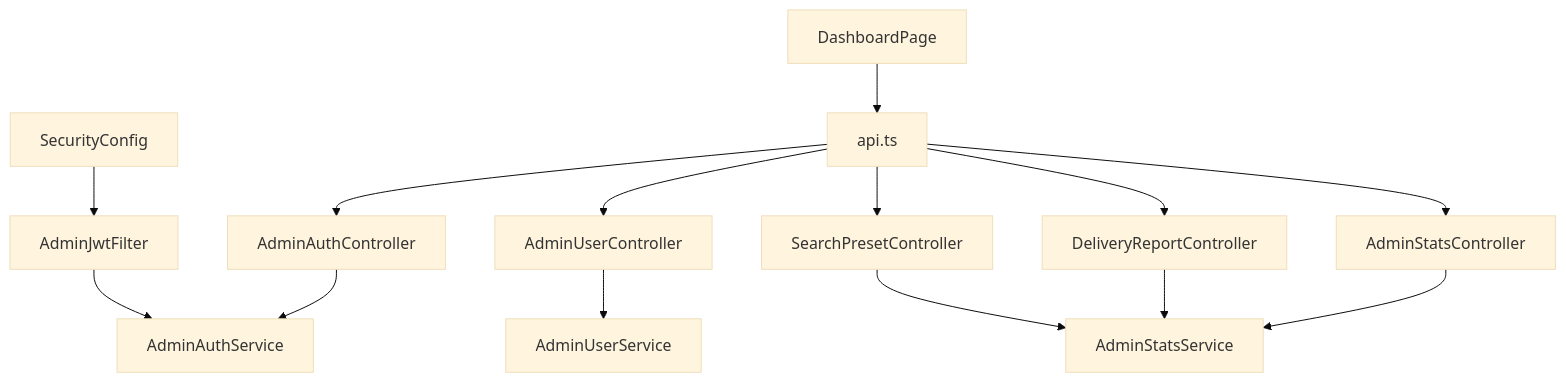
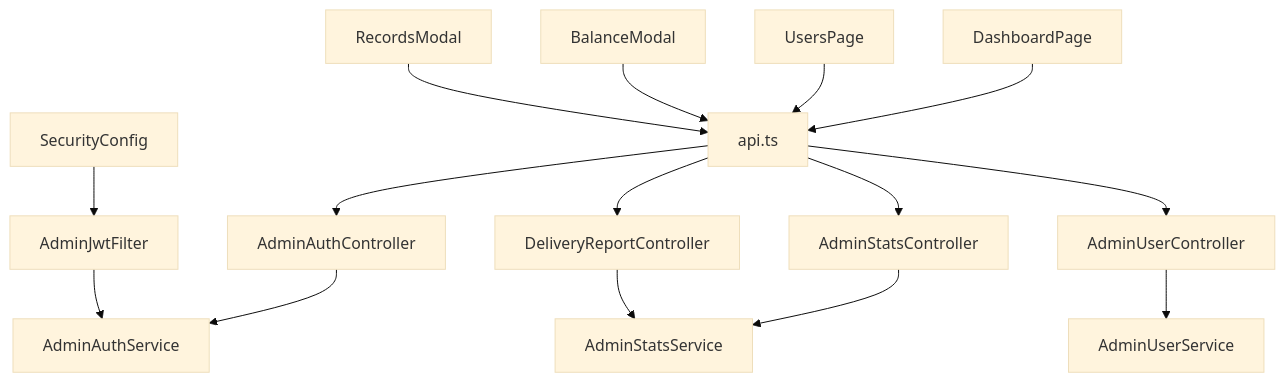
Before and after one commit to xulingfeng931027/get_jobs: the ninth of 9 diagrams in .qoder/repowiki/zh/content/API 接口文档/管理员管理接口.md, drawn with Mermaid (base theme). The commit also changed other lines of this file and 74 other files, not shown here.

````diff
--- a/.qoder/repowiki/zh/content/API 接口文档/管理员管理接口.md
+++ b/.qoder/repowiki/zh/content/API 接口文档/管理员管理接口.md
@@ -348,16 +378,17 @@
 ```mermaid
 graph TB
 C1["AdminAuthController"] --> S1["AdminAuthService"]
 C2["AdminUserController"] --> S2["AdminUserService"]
 C3["AdminStatsController"] --> S3["AdminStatsService"]
 C4["DeliveryReportController"] --> S3
-C5["SearchPresetController"] --> S3
 F1["AdminJwtFilter"] --> S1
 CFG["SecurityConfig"] --> F1
 FE1["DashboardPage"] --> API["api.ts"]
+FE2["UsersPage"] --> API
 API --> C3
 API --> C1
 API --> C2
 API --> C4
-API --> C5
+FE3["BalanceModal"] --> API
+FE4["RecordsModal"] --> API
 ```
````
